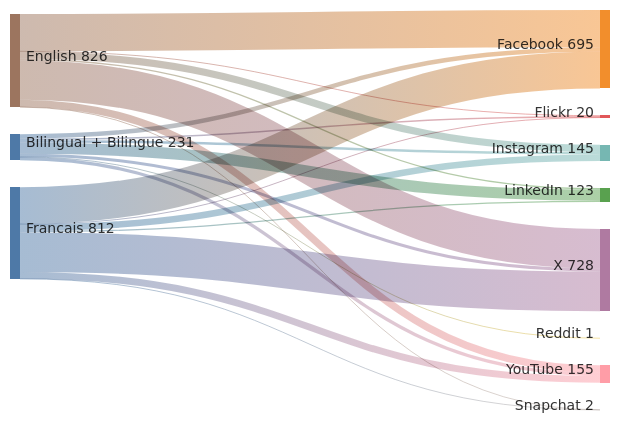
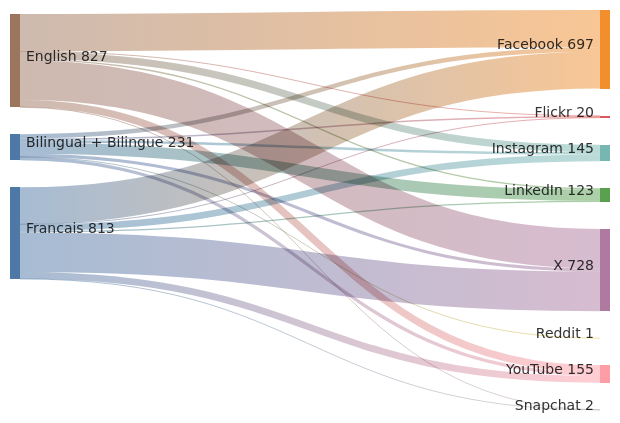
Before and after one commit to PatLittle/GC-Socials: the diagram in sankey_diagram.md, drawn with Mermaid.

Commit message:
Update Sankey diagram for the most recent day

````diff
--- a/sankey_diagram.md
+++ b/sankey_diagram.md
@@ -1,24 +1,24 @@
 ```mermaid
 sankey-beta
   Bilingual + Bilingue,Facebook,39
   Bilingual + Bilingue,Flickr,13
   Bilingual + Bilingue,Instagram,22
   Bilingual + Bilingue,LinkedIn,100
   Bilingual + Bilingue,Reddit,1
   Bilingual + Bilingue,X,27
   Bilingual + Bilingue,YouTube,29
-  English,Facebook,330
+  English,Facebook,331
   English,Flickr,4
   English,Instagram,64
   English,LinkedIn,12
   English,Snapchat,1
   English,X,350
   English,YouTube,65
-  Francais,Facebook,326
+  Francais,Facebook,327
   Francais,Flickr,3
   Francais,Instagram,59
   Francais,LinkedIn,11
   Francais,Snapchat,1
   Francais,X,351
   Francais,YouTube,61
 ```
````
